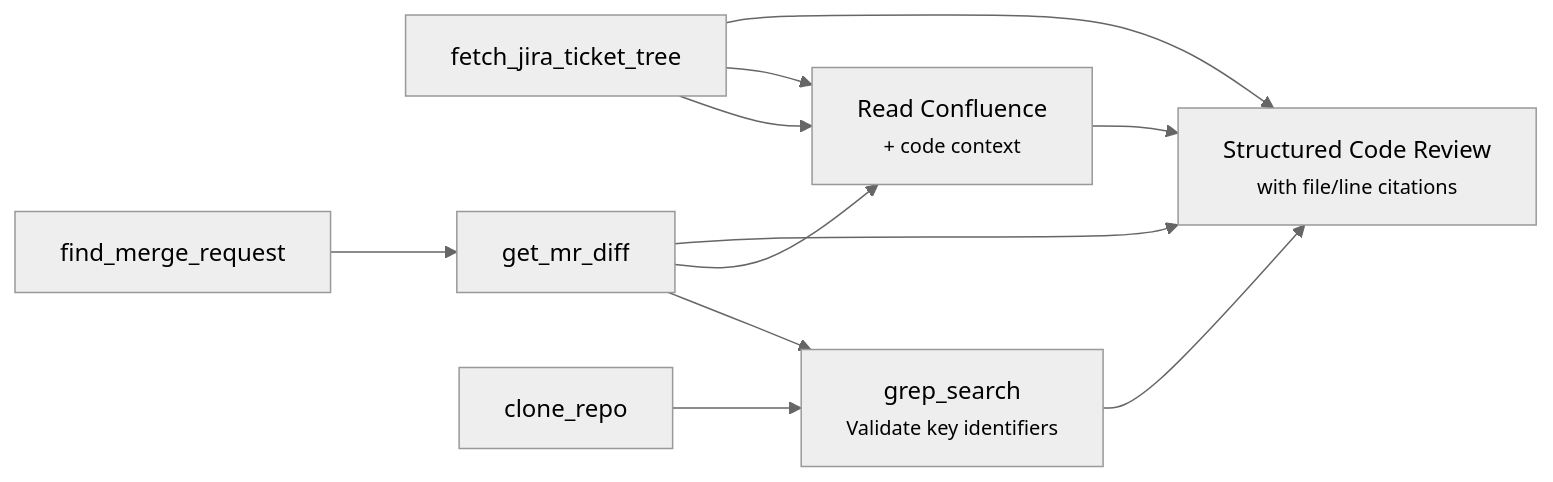
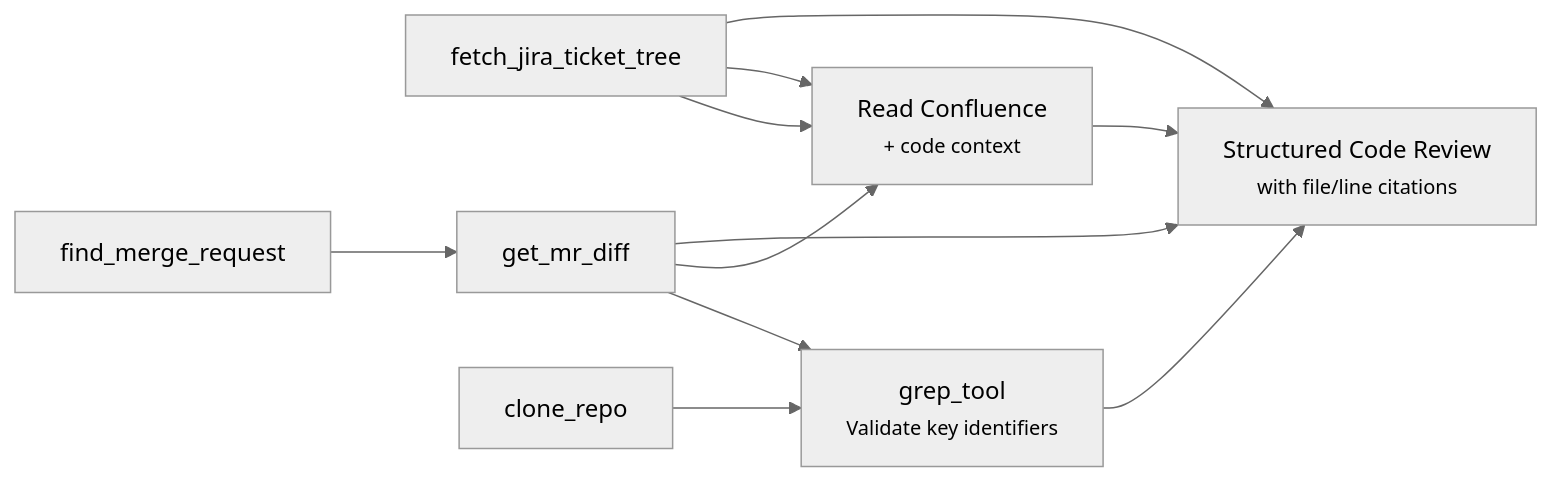
Before and after one commit to andreseloysv/agile-agent-release: the third of 3 diagrams in docs/core-concepts/agent-workflows.md, drawn with Mermaid (neutral theme). The commit also changed other lines of this file and 250 other files, not shown here.

````diff
--- a/docs/core-concepts/agent-workflows.md
+++ b/docs/core-concepts/agent-workflows.md
@@ -105,13 +105,13 @@
 ```mermaid
 graph LR
     T1["fetch_jira_ticket_tree"] --> T4
     T2["find_merge_request"] --> T3["get_mr_diff"]
     T3b["clone_repo"] --> T3c
-    T3 --> T3c["grep_search<br/><small>Validate key identifiers</small>"]
+    T3 --> T3c["grep_tool<br/><small>Validate key identifiers</small>"]
     T1 --> T4["Read Confluence<br/><small>+ code context</small>"]
     T3 --> T4
     T1 --> T5
     T3 --> T5
     T3c --> T5
     T4 --> T5["Structured Code Review<br/><small>with file/line citations</small>"]
 ```
````
